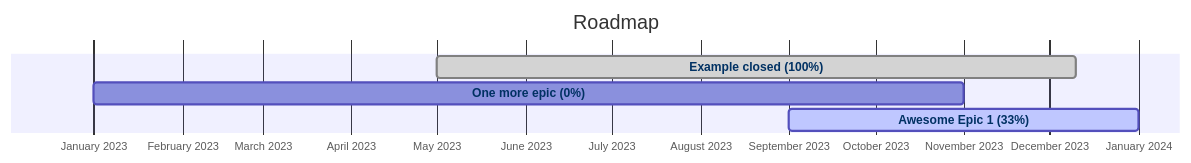
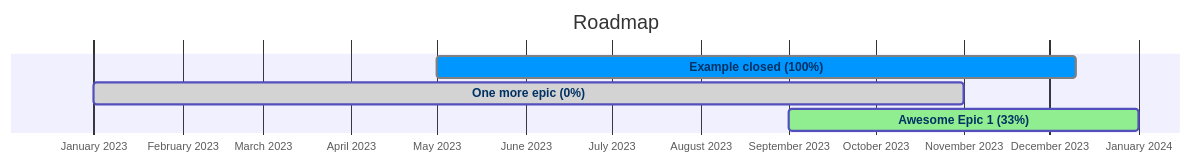
One commit to slamdev/sample-repo changed the diagram in README.md. Above: the diagram before and after it, drawn with Mermaid.

````diff
--- a/README.md
+++ b/README.md
@@ -3,13 +3,22 @@
 ```mermaid
+%%{
+  init: {
+    'themeVariables': {
+'activeTaskBkgColor': '#90EE90',
+'doneTaskBkgColor': '#0096FF',
+'taskBkgColor': '#D3D3D3'
+    }
+  }
+}%%
 gantt
     title Roadmap
     dateFormat YYYY-MM-DD
     tickInterval 1month
     axisFormat %B %Y
     Example closed (100%) :done, m1, 2023-05-01, 2023-12-10
     One more epic (0%) : m2, 2023-01-01, 2023-11-01
     Awesome Epic 1 (33%) :active, m3, 2023-09-01, 2024-01-01
     click m1 href "https://github.com/slamdev/sample-repo/milestone/3"
     click m2 href "https://github.com/slamdev/sample-repo/milestone/2"
     click m3 href "https://github.com/slamdev/sample-repo/milestone/1"
 ```
````
